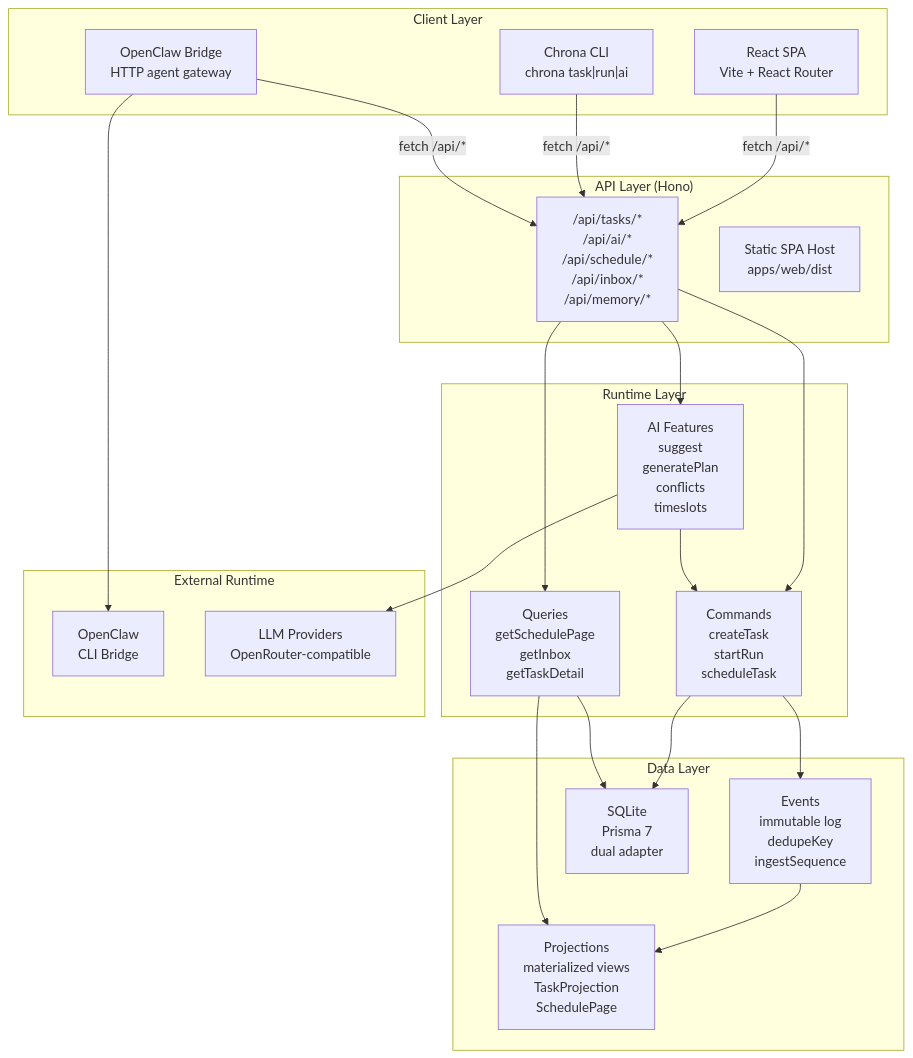
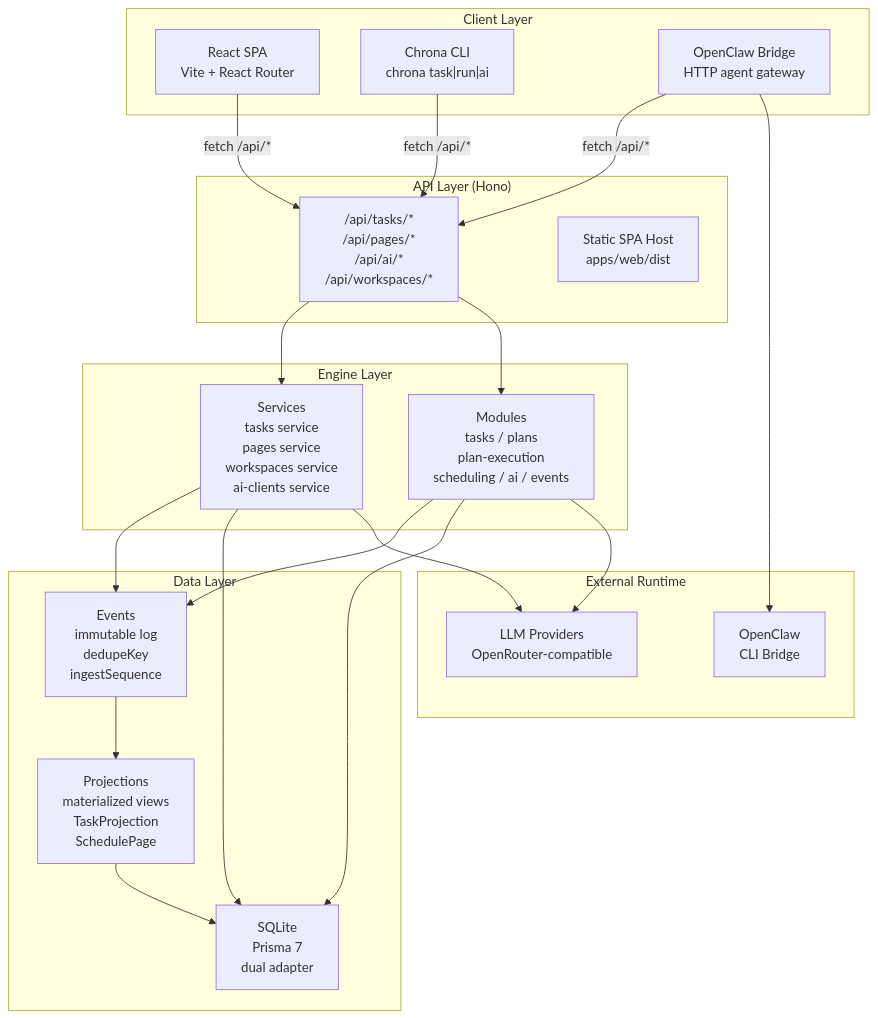
The first of 7 diagrams in docs/architecture.md (saya-ashen/Chrona), drawn with Mermaid before and after one commit. The commit also changed other lines of this file and 13 other files, not shown here.

````diff
--- a/docs/architecture.md
+++ b/docs/architecture.md
@@ -29,45 +29,44 @@
 ```mermaid
 graph TB
     subgraph Client["Client Layer"]
         SPA["React SPA<br/>Vite + React Router"]
         CLI["Chrona CLI<br/>chrona task|run|ai"]
         BRIDGE["OpenClaw Bridge<br/>HTTP agent gateway"]
     end
 
     subgraph API["API Layer (Hono)"]
-        ROUTES["/api/tasks/*<br/>/api/ai/*<br/>/api/schedule/*<br/>/api/inbox/*<br/>/api/memory/*"]
+        ROUTES["/api/tasks/*<br/>/api/pages/*<br/>/api/ai/*<br/>/api/workspaces/*"]
         STATIC["Static SPA Host<br/>apps/web/dist"]
     end
 
-    subgraph Runtime["Runtime Layer"]
-        CMDS["Commands<br/>createTask<br/>startRun<br/>scheduleTask"]
-        QRYS["Queries<br/>getSchedulePage<br/>getInbox<br/>getTaskDetail"]
-        AI["AI Features<br/>suggest<br/>generatePlan<br/>conflicts<br/>timeslots"]
+    subgraph Engine["Engine Layer"]
+        SVC["Services<br/>tasks service<br/>pages service<br/>workspaces service<br/>ai-clients service"]
+        MOD["Modules<br/>tasks / plans<br/>plan-execution<br/>scheduling / ai / events"]
     end
 
     subgraph Data["Data Layer"]
         EVENTS["Events<br/>immutable log<br/>dedupeKey<br/>ingestSequence"]
         PROJ["Projections<br/>materialized views<br/>TaskProjection<br/>SchedulePage"]
         DB["SQLite<br/>Prisma 7<br/>dual adapter"]
     end
 
     subgraph External["External Runtime"]
         OCB["OpenClaw<br/>CLI Bridge"]
         LLM["LLM Providers<br/>OpenRouter-compatible"]
     end
 
     SPA -->|"fetch /api/*"| ROUTES
     CLI -->|"fetch /api/*"| ROUTES
     BRIDGE -->|"fetch /api/*"| ROUTES
-    ROUTES --> CMDS
-    ROUTES --> QRYS
-    ROUTES --> AI
-    CMDS --> EVENTS
-    CMDS --> DB
+    ROUTES --> SVC
+    ROUTES --> MOD
+    SVC --> EVENTS
+    SVC --> DB
+    MOD --> EVENTS
+    MOD --> DB
     EVENTS --> PROJ
-    QRYS --> PROJ
-    QRYS --> DB
-    AI --> LLM
-    AI --> CMDS
+    PROJ --> DB
+    SVC --> LLM
+    MOD --> LLM
     BRIDGE --> OCB
 ```
````
